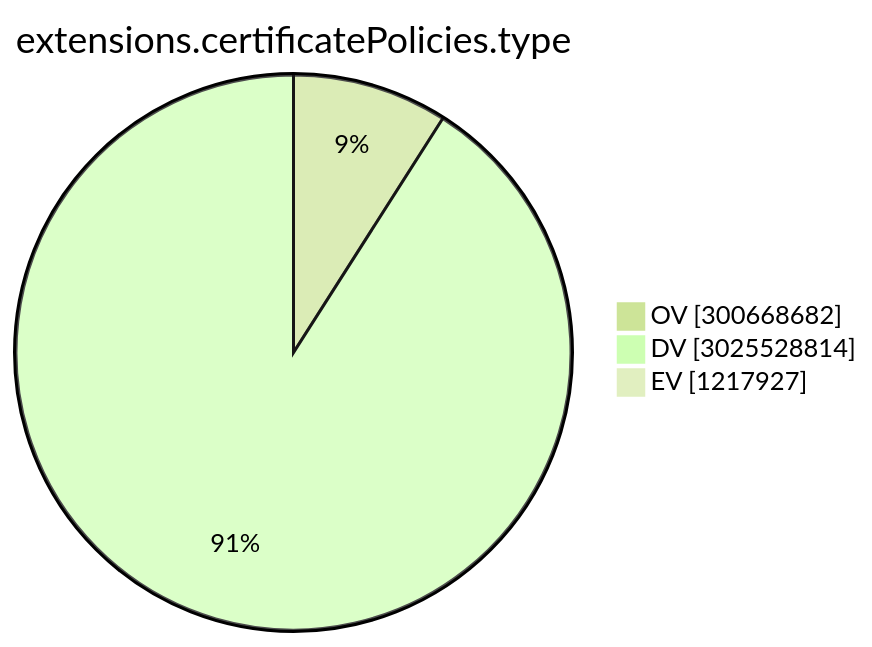
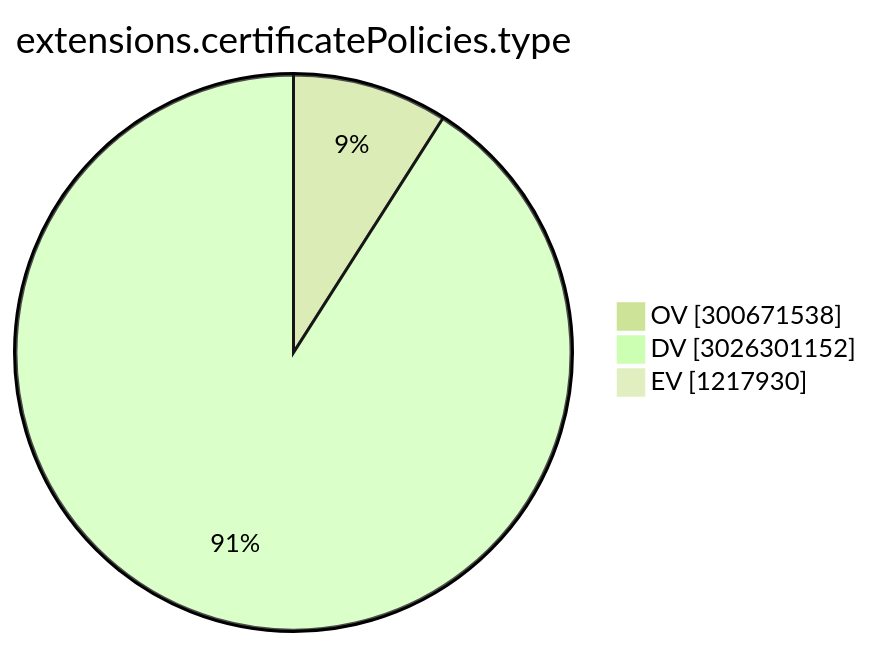
The ninth of 15 diagrams in TOTAL/README.md (christiankrug/ctmonitor_visualization), drawn with Mermaid (forest theme) before and after one commit. The commit also changed other lines of this file, not shown here.

````diff
--- a/TOTAL/README.md
+++ b/TOTAL/README.md
@@ -3102,7 +3102,7 @@
 ```mermaid
 pie showData
 title extensions.certificatePolicies.type
-"OV" :300668682
-"DV" :3025528814
-"EV" :1217927
+"OV" :300671538
+"DV" :3026301152
+"EV" :1217930
 ```
````
